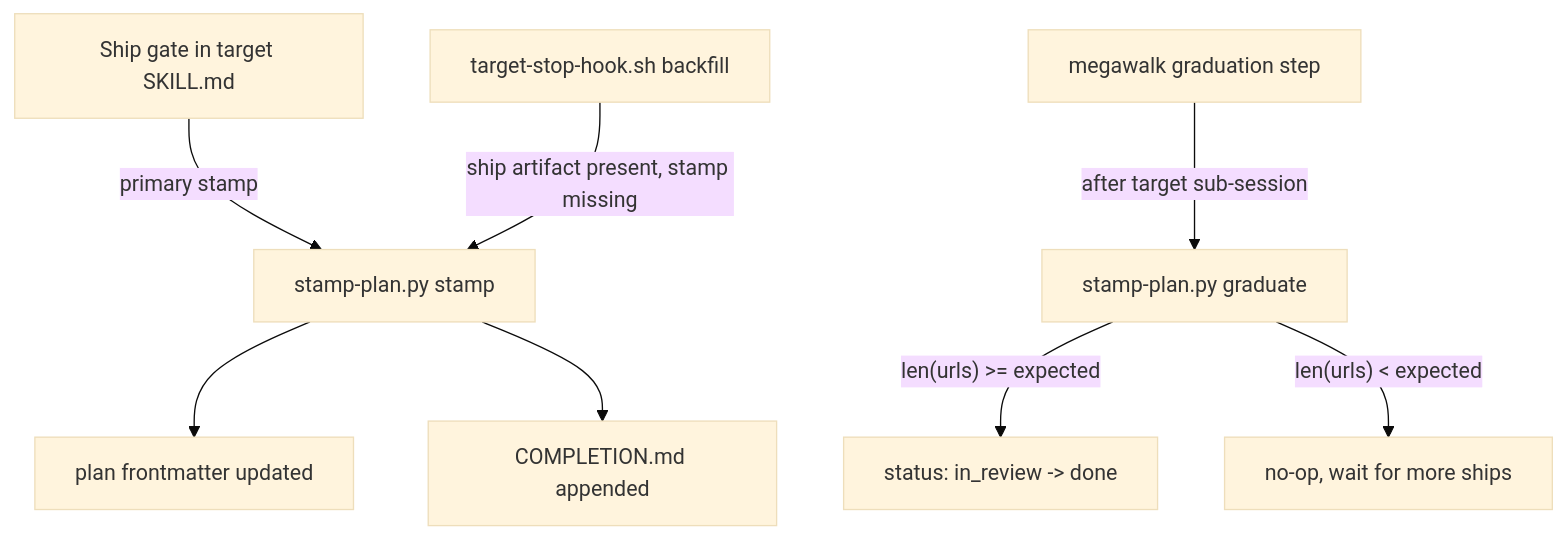
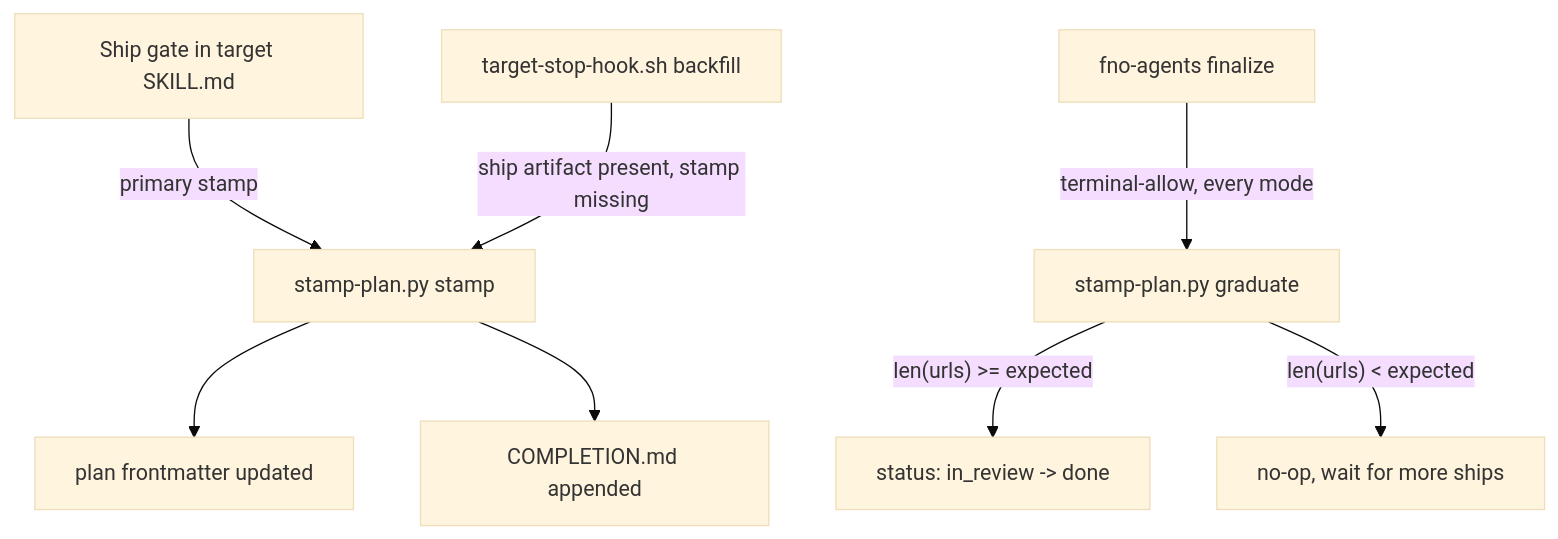
The diagram in docs/architecture/plan-completion-stamp.md (bllshttng/footnote), drawn with Mermaid (base theme) before and after one commit. The commit also changed other lines of this file and 31 other files, not shown here.

First line of the commit message:
docs: retire megawalk instructions, point every guide at the supported routes

````diff
--- a/docs/architecture/plan-completion-stamp.md
+++ b/docs/architecture/plan-completion-stamp.md
@@ -94,12 +94,12 @@
 ```mermaid
 flowchart TD
     SHIP[Ship gate in target SKILL.md] -->|primary stamp| SP[stamp-plan.py stamp]
     SP --> FM[plan frontmatter updated]
     SP --> CM[COMPLETION.md appended]
 
-    MEGA[megawalk graduation step] -->|after target sub-session| GRAD[stamp-plan.py graduate]
+    FIN[fno-agents finalize] -->|terminal-allow, every mode| GRAD[stamp-plan.py graduate]
     GRAD -->|"len(urls) >= expected"| DONE[status: in_review -> done]
     GRAD -->|"len(urls) < expected"| NOOP[no-op, wait for more ships]
 
     HOOK[target-stop-hook.sh backfill] -->|ship artifact present, stamp missing| SP
 ```
````
